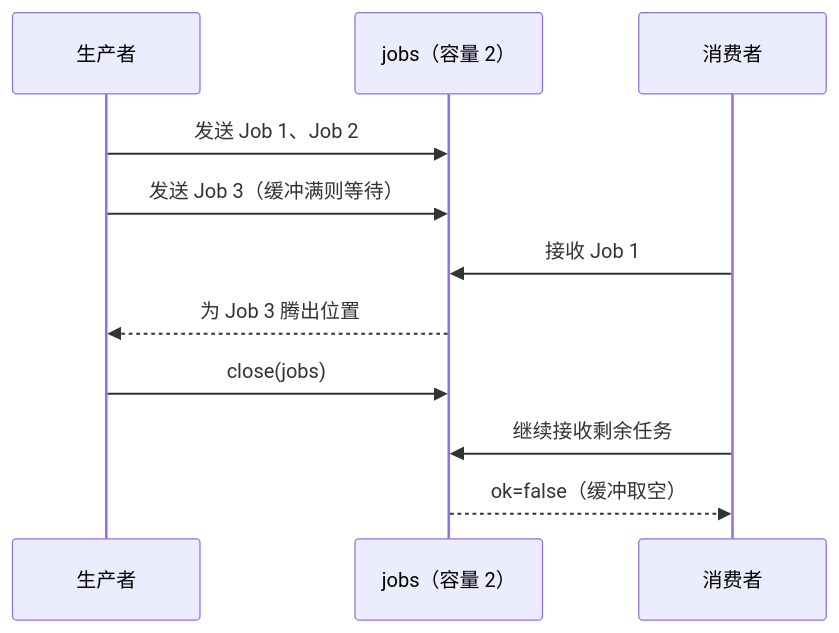
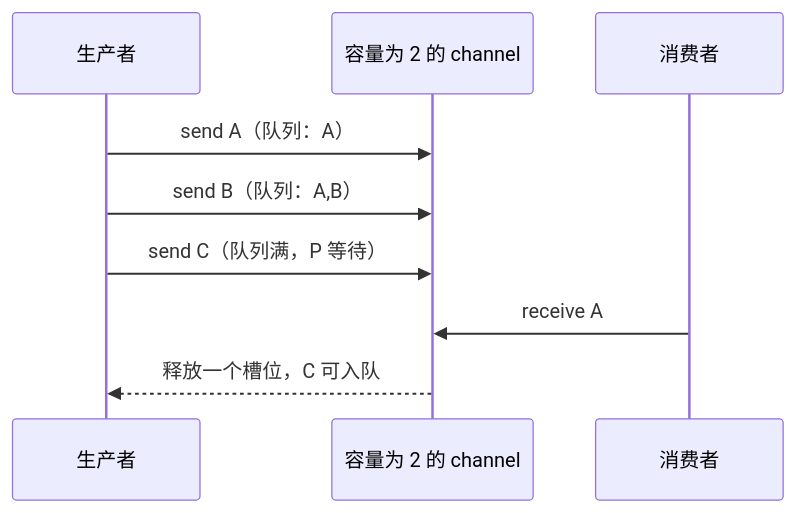
Before and after one commit to zzxrepository/gocode: the second of 2 diagrams in src/backend/go/advanced/02-concurrency/02-channels.md, drawn with Mermaid. The commit also changed other lines of this file and 3 other files, not shown here.

````diff
--- a/src/backend/go/advanced/02-concurrency/02-channels.md
+++ b/src/backend/go/advanced/02-concurrency/02-channels.md
@@ -175,13 +112,12 @@
 ```mermaid
 sequenceDiagram
     participant P as 生产者
-    participant C as jobs（容量 2）
-    participant S as 消费者
-    P->>C: 发送 Job 1、Job 2
-    P->>C: 发送 Job 3（缓冲满则等待）
-    S->>C: 接收 Job 1
-    C-->>P: 为 Job 3 腾出位置
-    P->>C: close(jobs)
-    S->>C: 继续接收剩余任务
-    C-->>S: ok=false（缓冲取空）
+    participant Q as 容量为 2 的 channel
+    participant W as 消费者
+
+    P->>Q: send A（队列：A）
+    P->>Q: send B（队列：A,B）
+    P->>Q: send C（队列满，P 等待）
+    W->>Q: receive A
+    Q-->>P: 释放一个槽位，C 可入队
 ```
````
